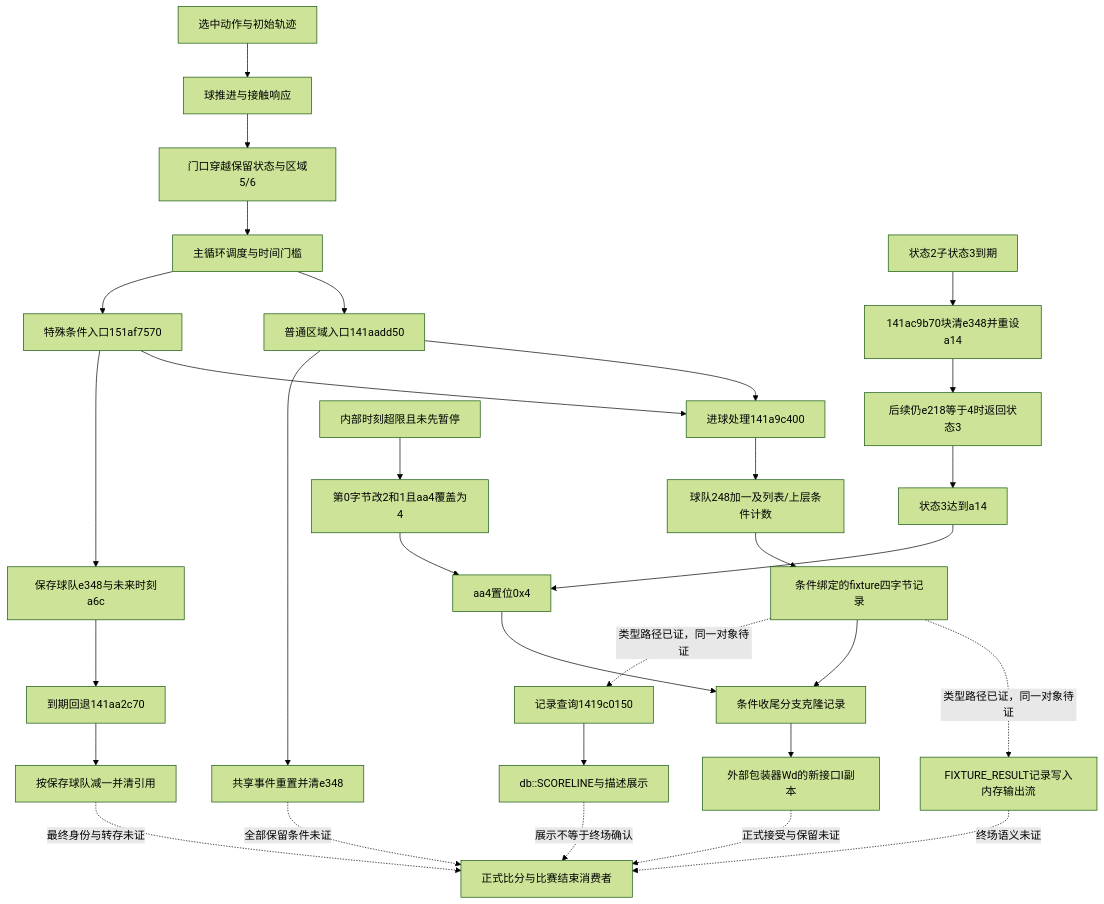
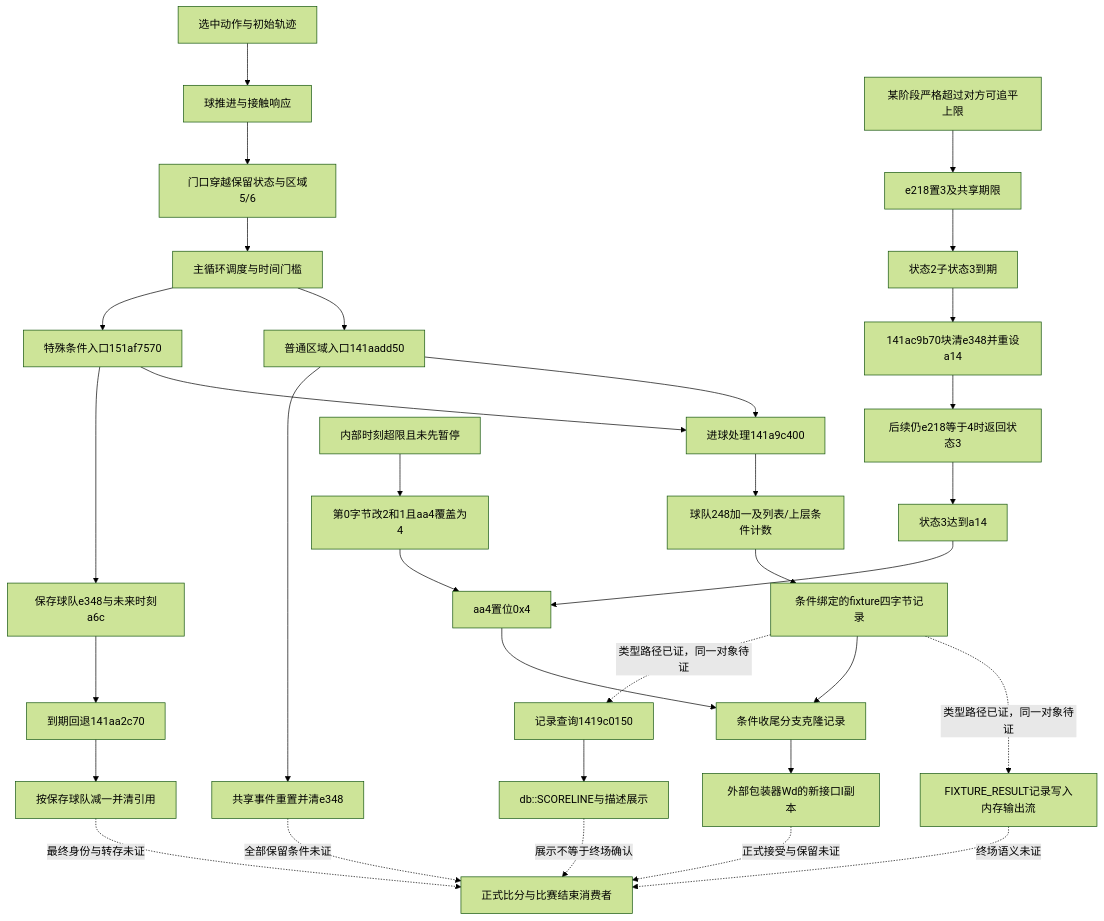
The diagram in RESEARCH_MAP.md (appleface2050/FM24-Engine-Research), drawn with Mermaid (forest theme) before and after one commit. The commit also changed other lines of this file and 7 other files, not shown here.

````diff
--- a/RESEARCH_MAP.md
+++ b/RESEARCH_MAP.md
@@ -20,33 +20,35 @@
 ```mermaid
 flowchart TD
     A[选中动作与初始轨迹] --> B[球推进与接触响应]
     B --> C[门口穿越保留状态与区域5/6]
     C --> D[主循环调度与时间门槛]
     D --> E[普通区域入口141aadd50]
     E --> F[进球处理141a9c400]
     F --> G[球队248加一及列表/上层条件计数]
     E --> H[共享事件重置并清e348]
     D --> I[特殊条件入口151af7570]
     I --> F
     I --> J[保存球队e348与未来时刻a6c]
     J --> K[到期回退141aa2c70]
     K --> L[按保存球队减一并清引用]
     G --> N[条件绑定的fixture四字节记录]
     N -. 类型路径已证，同一对象待证 .-> O[FIXTURE_RESULT记录写入内存输出流]
     O -. 终场语义未证 .-> M[正式比分与比赛结束消费者]
     N --> R[条件收尾分支克隆记录]
-    AA[状态2子状态3到期] --> AB[141ac9b70块清e348并重设a14]
+    Z[某阶段严格超过对方可追平上限] --> ZZ[e218置3及共享期限]
+    ZZ --> AA[状态2子状态3到期]
+    AA --> AB[141ac9b70块清e348并重设a14]
     AB --> AC[后续仍e218等于4时返回状态3]
     AC --> V[状态3达到a14]
     V --> U[aa4置位0x4]
     W[内部时刻超限且未先暂停] --> Y[第0字节改2和1且aa4覆盖为4]
     Y --> U
     U --> R
     R --> S[外部包装器Wd的新接口I副本]
     S -. 正式接受与保留未证 .-> M
     N -. 类型路径已证，同一对象待证 .-> P[记录查询1419c0150]
     P --> Q[db::SCORELINE与描述展示]
     Q -. 展示不等于终场确认 .-> M
     L -. 最终身份与转存未证 .-> M
     H -. 全部保留条件未证 .-> M
 ```
````
